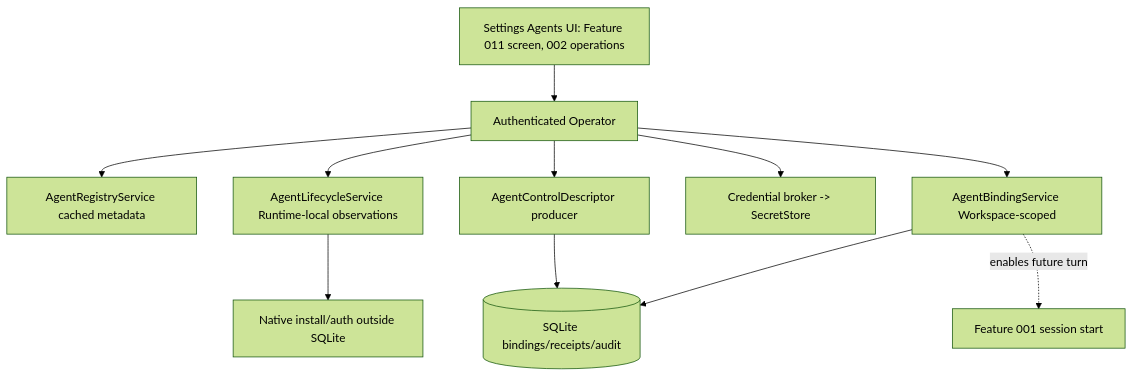
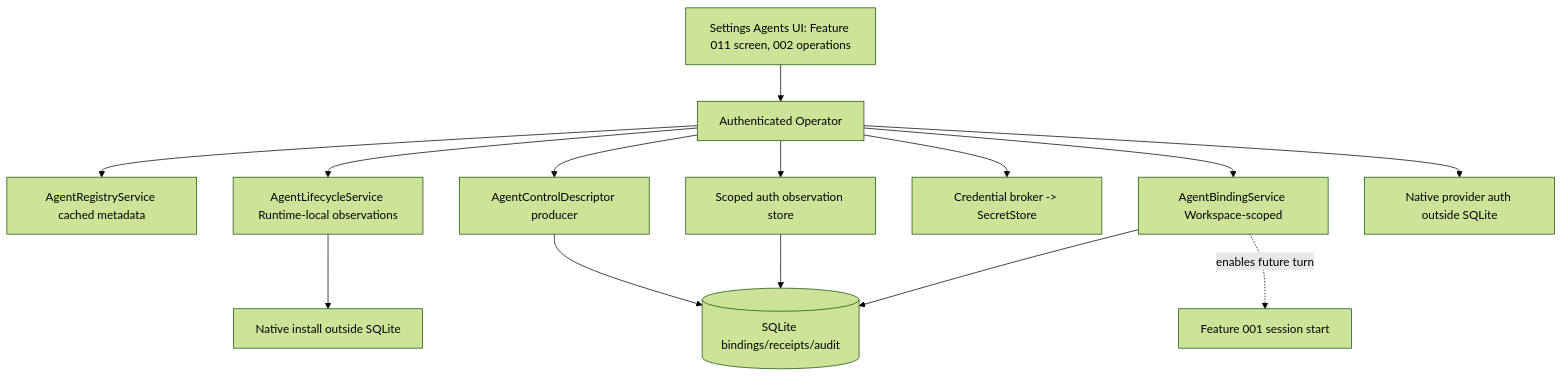
One commit to sarv-projects/litecowork changed the diagram in specs/002-native-agent-install-auth-binding/SPEC.md. Above: the diagram before and after it, drawn with Mermaid (forest theme). The commit also changed other lines of this file and 54 other files, not shown here.

Commit message:
feat(agent-auth): persist scoped auth observations

````diff
--- a/specs/002-native-agent-install-auth-binding/SPEC.md
+++ b/specs/002-native-agent-install-auth-binding/SPEC.md
@@ -106,13 +106,16 @@
 ```mermaid
 flowchart TD
   UI[Settings Agents UI: Feature 011 screen, 002 operations] --> OP[Authenticated Operator]
   OP --> REG[AgentRegistryService cached metadata]
   OP --> LIFE[AgentLifecycleService Runtime-local observations]
   OP --> DESC[AgentControlDescriptor producer]
+  OP --> AUTHOBS[Scoped auth observation store]
   OP --> CRED[Credential broker -> SecretStore]
   OP --> BIND[AgentBindingService Workspace-scoped]
-  LIFE --> NATIVE[Native install/auth outside SQLite]
+  LIFE --> NATIVE[Native install outside SQLite]
+  OP --> NATIVEAUTH[Native provider auth outside SQLite]
+  AUTHOBS --> DB[(SQLite Runtime-local observations)]
   BIND --> DB[(SQLite bindings/receipts/audit)]
   DESC --> DB
   BIND -. enables future turn .-> F1[Feature 001 session start]
 ```
````
